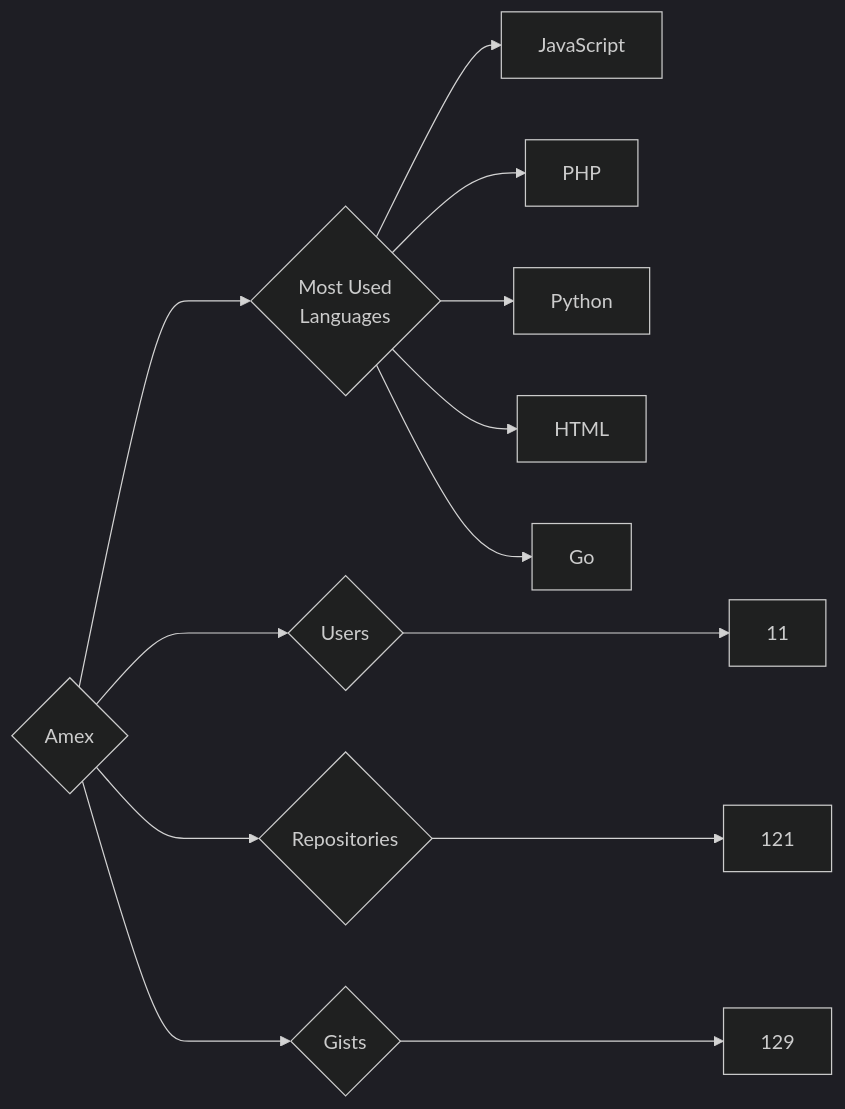
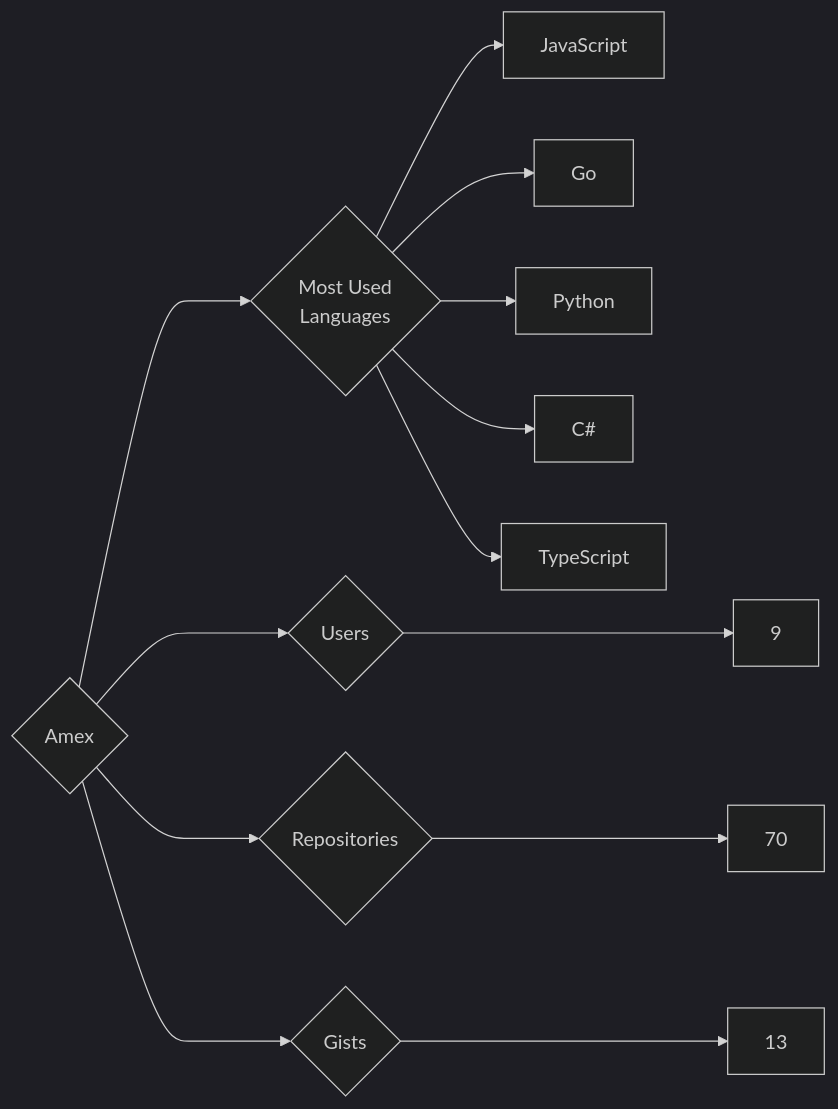
The diagram in targets/Amex/README.md (trickest/insiders), drawn with Mermaid (dark theme) before and after one commit. The commit also changed 724 other files, not shown here.

````diff
--- a/targets/Amex/README.md
+++ b/targets/Amex/README.md
@@ -3,13 +3,13 @@
 ```mermaid
 graph LR
 COMPANY_NAME{Amex}
-COMPANY_NAME ---> U{Users} ---> UN[11]
-COMPANY_NAME ---> R{Repositories} ---> RN[121]
-COMPANY_NAME ---> G{Gists} ---> GN[129]
+COMPANY_NAME ---> U{Users} ---> UN[9]
+COMPANY_NAME ---> R{Repositories} ---> RN[70]
+COMPANY_NAME ---> G{Gists} ---> GN[13]
 COMPANY_NAME ---> ML{Most Used<br>Languages}
 ML --> JavaScript[JavaScript]
-ML --> PHP[PHP]
+ML --> Go[Go]
 ML --> Python[Python]
-ML --> HTML[HTML]
-ML --> Go[Go]
+ML --> C#[C#]
+ML --> TypeScript[TypeScript]
 ```
````
